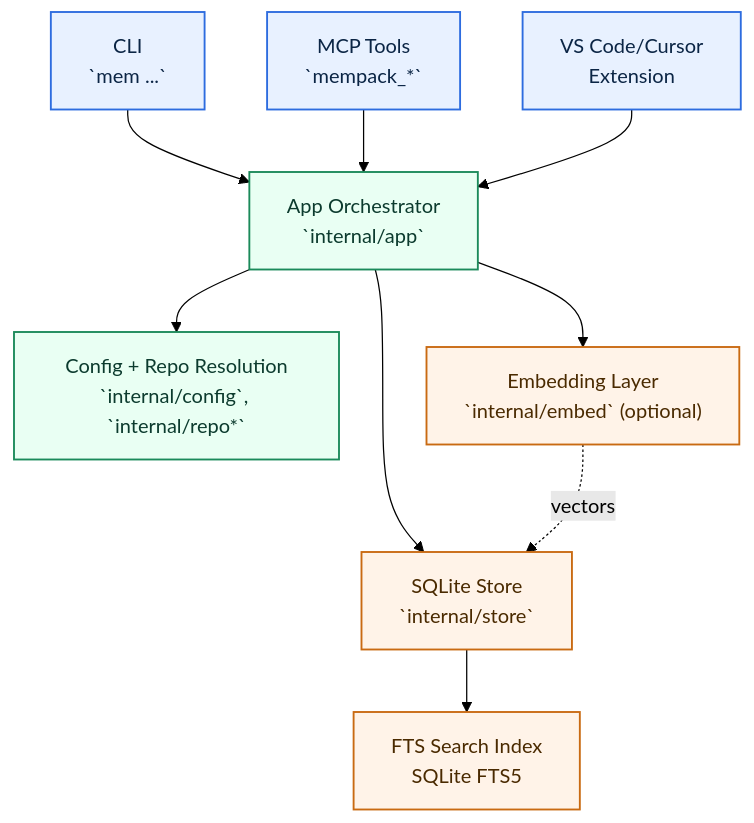
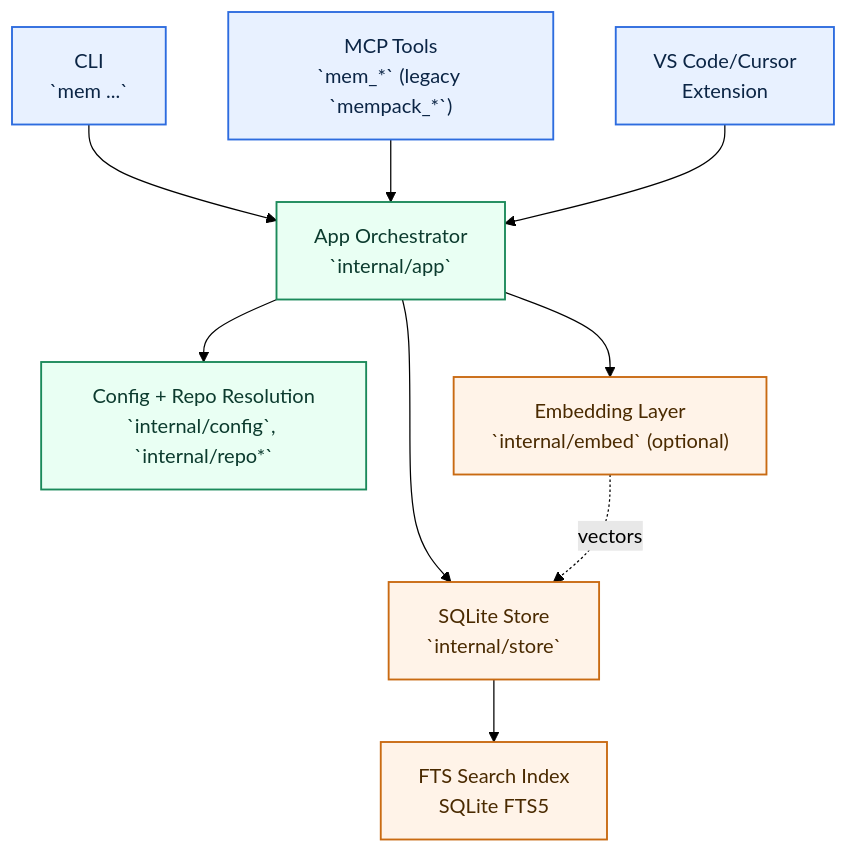
Before and after one commit to suju297/mem: the diagram in ReadMe.md, drawn with Mermaid (forest theme). The commit also changed other lines of this file and 50 other files, not shown here.

Commit message:
rename user-facing mempack surfaces to mem with compat aliases

````diff
--- a/ReadMe.md
+++ b/ReadMe.md
@@ -179,29 +179,29 @@
 ```mermaid
 flowchart TD
     CLI["CLI<br/>`mem ...`"]
-    MCP["MCP Tools<br/>`mempack_*`"]
+    MCP["MCP Tools<br/>`mem_*` (legacy `mempack_*`)"]
     EXT["VS Code/Cursor<br/>Extension"]
 
     APP["App Orchestrator<br/>`internal/app`"]
     CFG["Config + Repo Resolution<br/>`internal/config`, `internal/repo*`"]
     STORE["SQLite Store<br/>`internal/store`"]
     FTS["FTS Search Index<br/>SQLite FTS5"]
     EMBED["Embedding Layer<br/>`internal/embed` (optional)"]
 
     CLI --> APP
     MCP --> APP
     EXT --> APP
     APP --> CFG
     APP --> STORE
     STORE --> FTS
     APP --> EMBED
     EMBED -. vectors .-> STORE
 
     classDef edge fill:#E8F1FF,stroke:#2D6CDF,color:#0B2545,stroke-width:1.5px;
     classDef core fill:#E9FFF3,stroke:#1B8A5A,color:#0C3B2E,stroke-width:1.5px;
     classDef data fill:#FFF3E8,stroke:#C96A12,color:#4A2A00,stroke-width:1.5px;
 
     class CLI,MCP,EXT edge;
     class APP,CFG core;
     class STORE,FTS,EMBED data;
 ```
````
